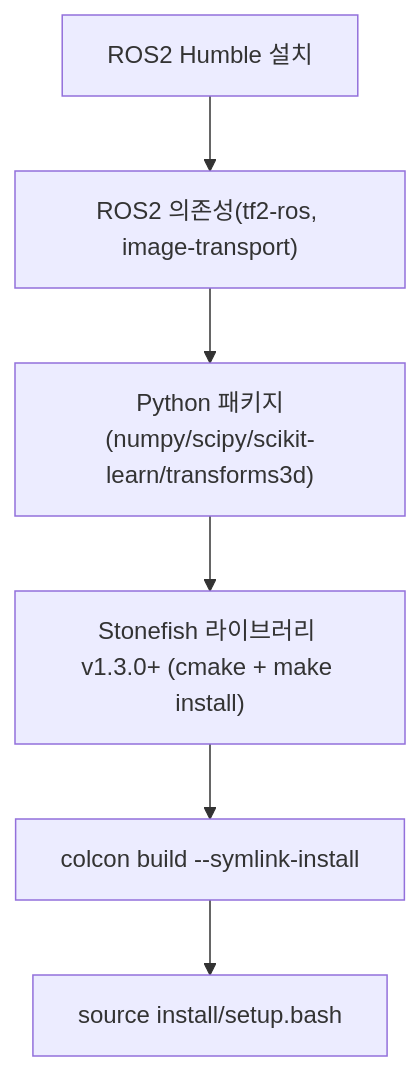
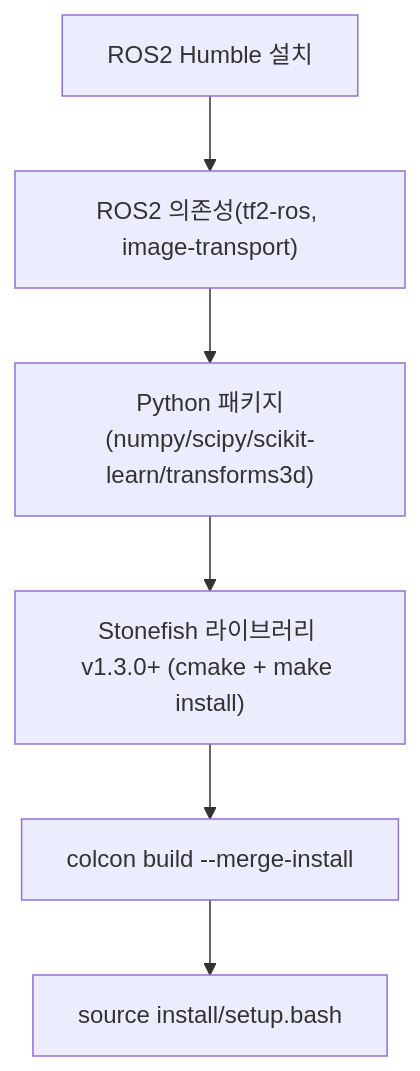
Before and after one commit to HERO-Lab-POSTECH/stonefish_sim: the first of 2 diagrams in docs/site/docs/getting-started/installation.md, drawn with Mermaid. The commit also changed other lines of this file and 7 other files, not shown here.

````diff
--- a/docs/site/docs/getting-started/installation.md
+++ b/docs/site/docs/getting-started/installation.md
@@ -12,8 +12,8 @@
 ```mermaid
 flowchart TD
     A["ROS2 Humble 설치"] --> B["ROS2 의존성(tf2-ros, image-transport)"]
     B --> C["Python 패키지(numpy/scipy/scikit-learn/transforms3d)"]
     C --> D["Stonefish 라이브러리 v1.3.0+ (cmake + make install)"]
-    D --> E["colcon build --symlink-install"]
+    D --> E["colcon build --merge-install"]
     E --> F["source install/setup.bash"]
 ```
````
